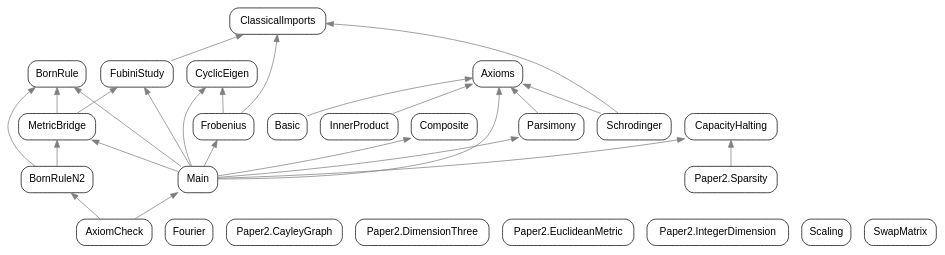
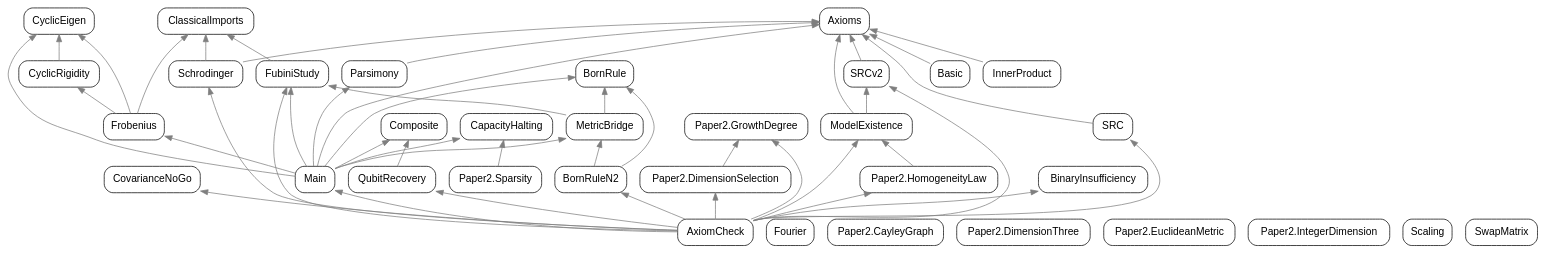
One commit to jzilly/QuantumRelational changed the diagram in scripts/dep_graph.dot. Above: the diagram before and after it, drawn with Graphviz. The commit also changed 25 other files, not shown here.

```diff
--- a/scripts/dep_graph.dot
+++ b/scripts/dep_graph.dot
@@ -1,53 +1,83 @@
 digraph QuantumRelational {
   rankdir=BT;
   node [shape=box, style=rounded, fontname=Helvetica];
   edge [color=gray50];
   "AxiomCheck";
   "Axioms";
   "Basic";
+  "BinaryInsufficiency";
   "BornRule";
   "BornRuleN2";
   "CapacityHalting";
   "ClassicalImports";
   "Composite";
+  "CovarianceNoGo";
   "CyclicEigen";
+  "CyclicRigidity";
   "Fourier";
   "Frobenius";
   "FubiniStudy";
   "InnerProduct";
   "Main";
   "MetricBridge";
+  "ModelExistence";
   "Paper2.CayleyGraph";
+  "Paper2.DimensionSelection";
   "Paper2.DimensionThree";
   "Paper2.EuclideanMetric";
+  "Paper2.GrowthDegree";
+  "Paper2.HomogeneityLaw";
   "Paper2.IntegerDimension";
   "Paper2.Sparsity";
   "Parsimony";
+  "QubitRecovery";
+  "SRC";
+  "SRCv2";
   "Scaling";
   "Schrodinger";
   "SwapMatrix";
+  "AxiomCheck" -> "BinaryInsufficiency";
   "AxiomCheck" -> "BornRuleN2";
+  "AxiomCheck" -> "CovarianceNoGo";
+  "AxiomCheck" -> "FubiniStudy";
   "AxiomCheck" -> "Main";
+  "AxiomCheck" -> "ModelExistence";
+  "AxiomCheck" -> "Paper2.DimensionSelection";
+  "AxiomCheck" -> "Paper2.GrowthDegree";
+  "AxiomCheck" -> "Paper2.HomogeneityLaw";
+  "AxiomCheck" -> "QubitRecovery";
+  "AxiomCheck" -> "SRC";
+  "AxiomCheck" -> "SRCv2";
+  "AxiomCheck" -> "Schrodinger";
   "Basic" -> "Axioms";
   "BornRuleN2" -> "BornRule";
   "BornRuleN2" -> "MetricBridge";
+  "CyclicRigidity" -> "CyclicEigen";
   "Frobenius" -> "ClassicalImports";
   "Frobenius" -> "CyclicEigen";
+  "Frobenius" -> "CyclicRigidity";
   "FubiniStudy" -> "ClassicalImports";
   "InnerProduct" -> "Axioms";
   "Main" -> "Axioms";
   "Main" -> "BornRule";
   "Main" -> "CapacityHalting";
   "Main" -> "Composite";
   "Main" -> "CyclicEigen";
   "Main" -> "Frobenius";
   "Main" -> "FubiniStudy";
   "Main" -> "MetricBridge";
   "Main" -> "Parsimony";
   "MetricBridge" -> "BornRule";
   "MetricBridge" -> "FubiniStudy";
+  "ModelExistence" -> "Axioms";
+  "ModelExistence" -> "SRCv2";
+  "Paper2.DimensionSelection" -> "Paper2.GrowthDegree";
+  "Paper2.HomogeneityLaw" -> "ModelExistence";
   "Paper2.Sparsity" -> "CapacityHalting";
   "Parsimony" -> "Axioms";
+  "QubitRecovery" -> "Composite";
+  "SRC" -> "Axioms";
+  "SRCv2" -> "Axioms";
   "Schrodinger" -> "Axioms";
   "Schrodinger" -> "ClassicalImports";
 }
```
